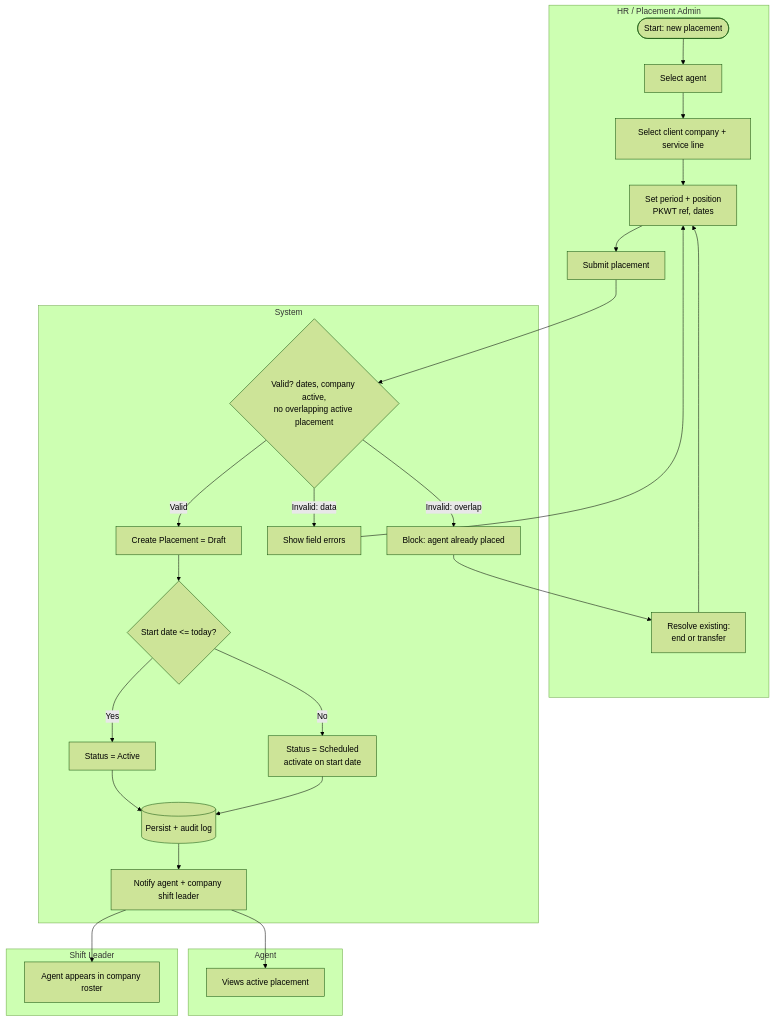
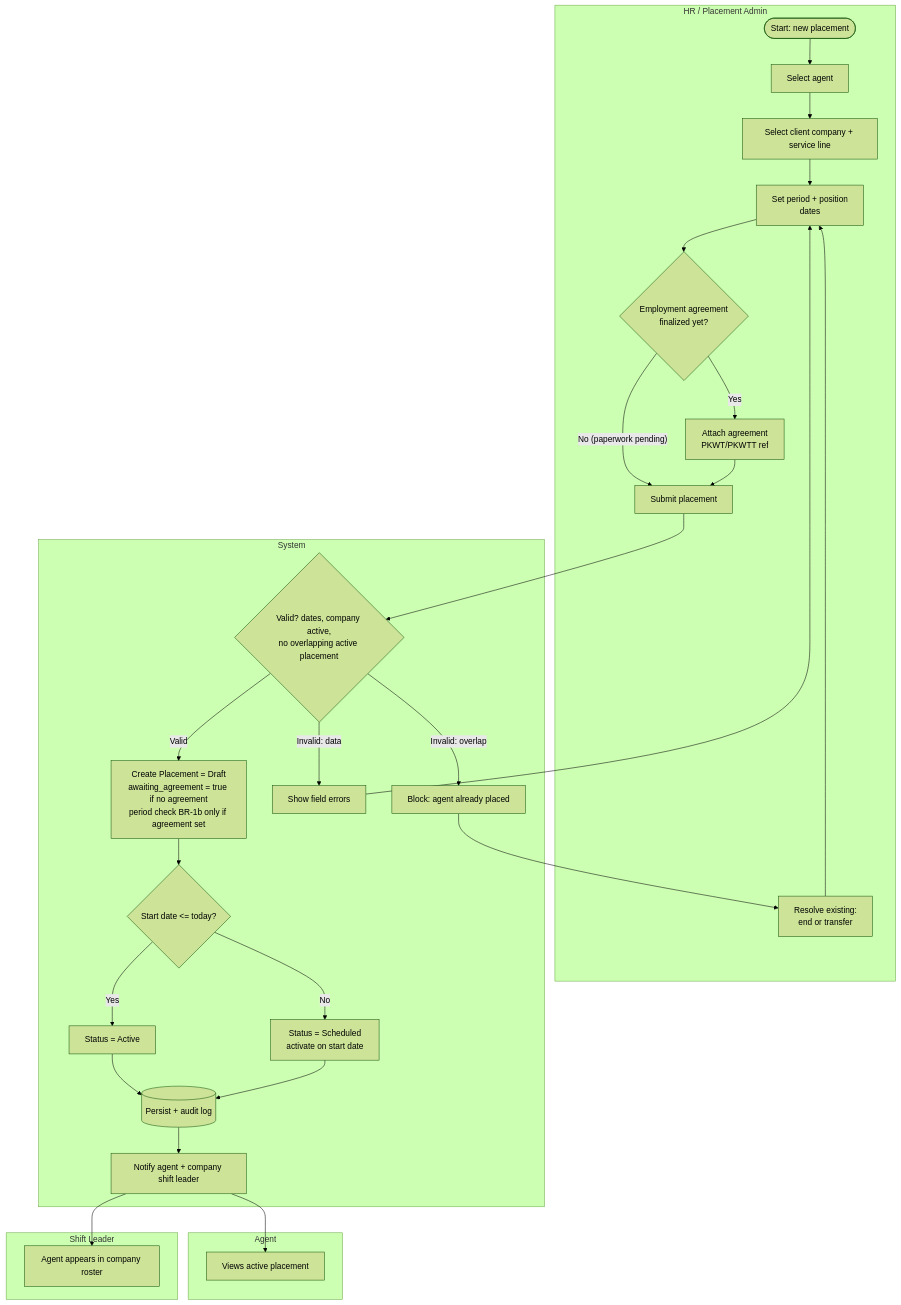
One commit to hariszaki17/hris-outsource changed the second of 6 diagrams in docs/epics/E3-placement/FEATURE.md. Above: the diagram before and after it, drawn with Mermaid (forest theme). The commit also changed other lines of this file and 127 other files, not shown here.

````diff
--- a/docs/epics/E3-placement/FEATURE.md
+++ b/docs/epics/E3-placement/FEATURE.md
@@ -102,28 +103,31 @@
 ```mermaid
 flowchart TD
     subgraph HR[HR / Placement Admin]
         A1([Start: new placement]) --> A2[Select agent]
         A2 --> A3[Select client company + service line]
-        A3 --> A4[Set period + position<br/>PKWT ref, dates]
-        A4 --> A7[Submit placement]
+        A3 --> A4[Set period + position<br/>dates]
+        A4 --> A5{Employment agreement<br/>finalized yet?}
+        A5 -- Yes --> A4b[Attach agreement<br/>PKWT/PKWTT ref]
+        A5 -- "No (paperwork pending)" --> A7
+        A4b --> A7[Submit placement]
         A6[Resolve existing:<br/>end or transfer] --> A4
     end
     subgraph SYS[System]
         A7 --> S1{Valid? dates, company active,<br/>no overlapping active placement}
         S1 -- Invalid: overlap --> S2[Block: agent already placed] --> A6
         S1 -- Invalid: data --> S3[Show field errors] --> A4
-        S1 -- Valid --> S4[Create Placement = Draft]
+        S1 -- Valid --> S4[Create Placement = Draft<br/>awaiting_agreement = true if no agreement<br/>period check BR-1b only if agreement set]
         S4 --> S5{Start date <= today?}
         S5 -- Yes --> S6[Status = Active]
         S5 -- No --> S7[Status = Scheduled<br/>activate on start date]
         S6 --> S8[(Persist + audit log)]
         S7 --> S8
         S8 --> S9[Notify agent + company shift leader]
     end
     subgraph AG[Agent]
         S9 --> G1[Views active placement]
     end
     subgraph SL[Shift Leader]
         S9 --> L1[Agent appears in company roster]
     end
 ```
````
